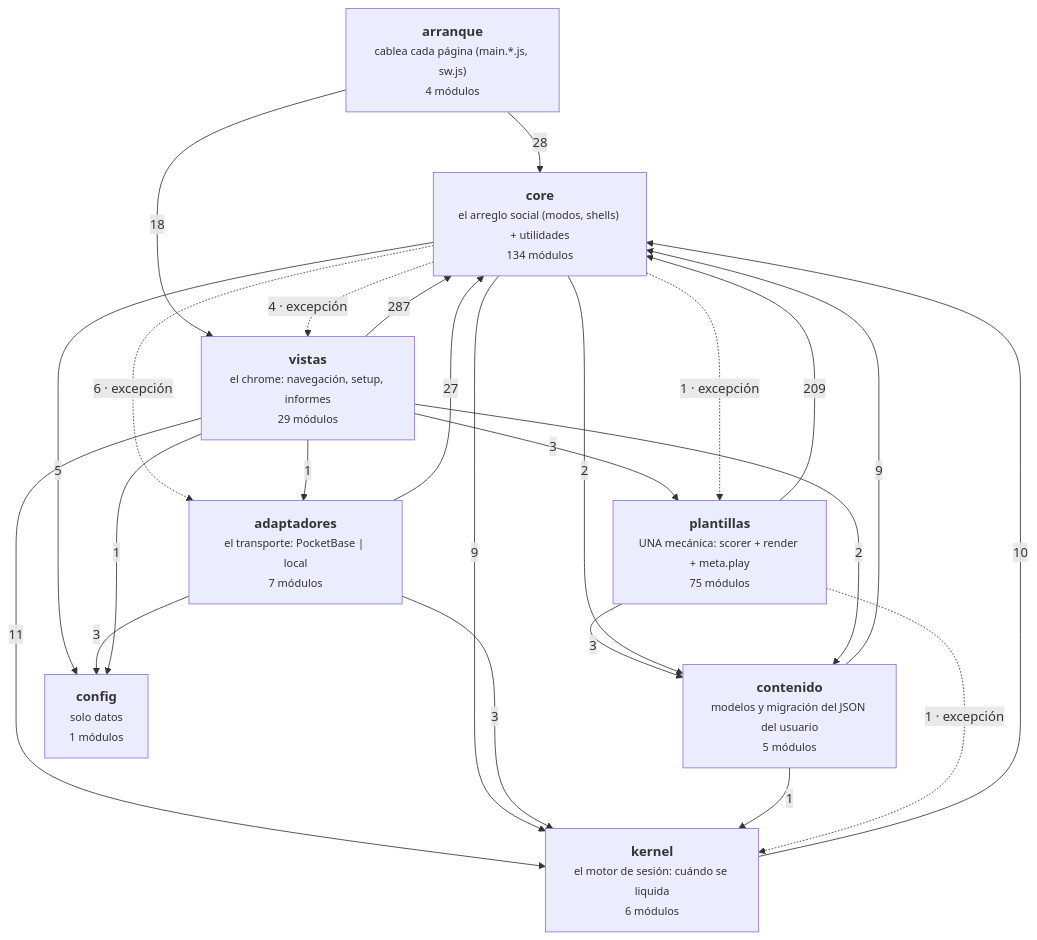
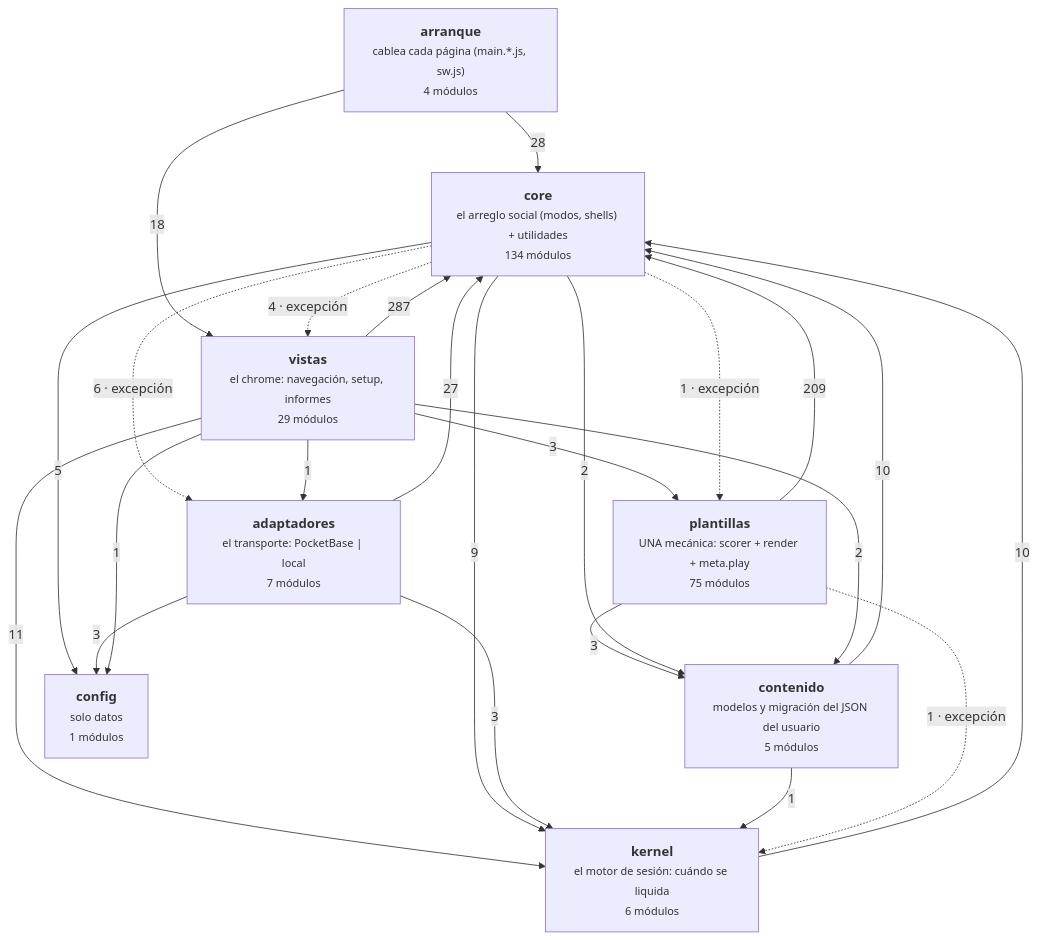
The diagram in docs/arquitectura-modulos.md (duecaz/ac), drawn with Mermaid before and after one commit. The commit also changed other lines of this file and 15 other files, not shown here.

````diff
--- a/docs/arquitectura-modulos.md
+++ b/docs/arquitectura-modulos.md
@@ -56,34 +56,34 @@
 ```mermaid
 graph TD
   A["<b>arranque</b><br/><small>cablea cada página (main.*.js, sw.js)</small><br/><small>4 módulos</small>"]
   V["<b>vistas</b><br/><small>el chrome: navegación, setup, informes</small><br/><small>29 módulos</small>"]
   AD["<b>adaptadores</b><br/><small>el transporte: PocketBase | local</small><br/><small>7 módulos</small>"]
   C["<b>core</b><br/><small>el arreglo social (modos, shells) + utilidades</small><br/><small>134 módulos</small>"]
   K["<b>kernel</b><br/><small>el motor de sesión: cuándo se liquida</small><br/><small>6 módulos</small>"]
   T["<b>plantillas</b><br/><small>UNA mecánica: scorer + render + meta.play</small><br/><small>75 módulos</small>"]
   CO["<b>contenido</b><br/><small>modelos y migración del JSON del usuario</small><br/><small>5 módulos</small>"]
   CF["<b>config</b><br/><small>solo datos</small><br/><small>1 módulos</small>"]
   V -->|287| C
   T -->|209| C
   A -->|28| C
   AD -->|27| C
   A -->|18| V
   V -->|11| K
+  CO -->|10| C
   K -->|10| C
   C -->|9| K
-  CO -->|9| C
   C -.->|6 · excepción| AD
   C -->|5| CF
   C -.->|4 · excepción| V
   AD -->|3| CF
   AD -->|3| K
   T -->|3| CO
   V -->|3| T
   C -->|2| CO
   V -->|2| CO
   C -.->|1 · excepción| T
   CO -->|1| K
   T -.->|1 · excepción| K
   V -->|1| AD
   V -->|1| CF
 ```
````
